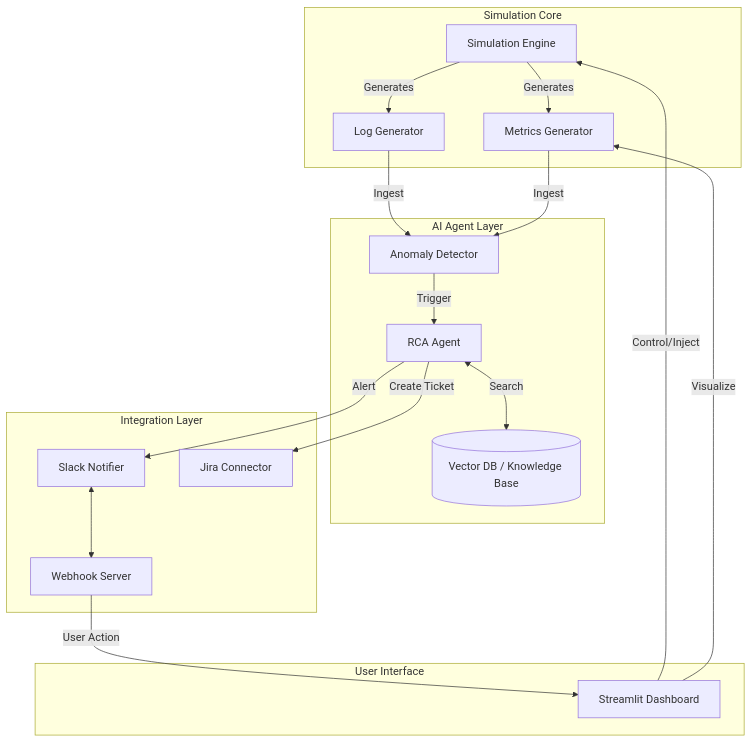
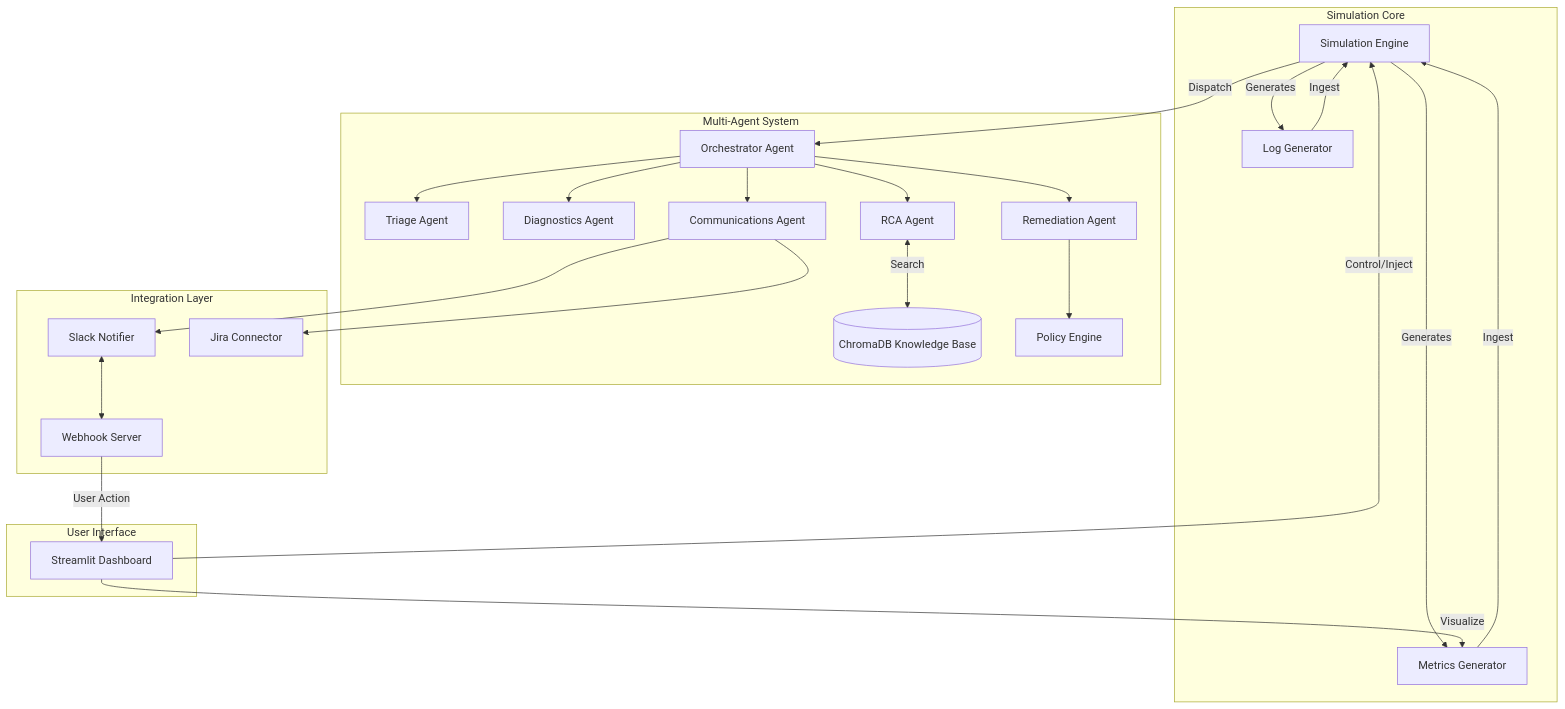
One commit to nikhileshwar-perumalla/OPS_agent changed the second of 2 diagrams in PROJECT_OVERVIEW.md. Above: the diagram before and after it, drawn with Mermaid. The commit also changed other lines of this file and 47 other files, not shown here.

Commit message:
updated to multi agent and react components

````diff
--- a/PROJECT_OVERVIEW.md
+++ b/PROJECT_OVERVIEW.md
@@ -21,37 +34,49 @@
 ```mermaid
 graph TD
     subgraph "Simulation Core"
         Engine[Simulation Engine]
         Metrics[Metrics Generator]
         Logs[Log Generator]
         Engine -->|Generates| Metrics
         Engine -->|Generates| Logs
     end
 
-    subgraph "AI Agent Layer"
-        Detector[Anomaly Detector]
+    subgraph "Multi-Agent System"
+        Orch[Orchestrator Agent]
+        Triage[Triage Agent]
+        Diag[Diagnostics Agent]
         RCA[RCA Agent]
-        RAG[(Vector DB / Knowledge Base)]
-        Detector -->|Trigger| RCA
+        RAG[(ChromaDB Knowledge Base)]
+        Remed[Remediation Agent]
+        Policy[Policy Engine]
+        Comms[Communications Agent]
+        
+        Orch --> Triage
+        Orch --> Diag
+        Orch --> RCA
+        Orch --> Remed
+        Orch --> Comms
         RCA <-->|Search| RAG
+        Remed --> Policy
     end
 
     subgraph "Integration Layer"
         Slack[Slack Notifier]
         Jira[Jira Connector]
         Webhook[Webhook Server]
         Slack <--> Webhook
     end
 
     subgraph "User Interface"
         Dash[Streamlit Dashboard]
     end
 
-    Logs -->|Ingest| Detector
-    Metrics -->|Ingest| Detector
-    RCA -->|Alert| Slack
-    RCA -->|Create Ticket| Jira
+    Logs -->|Ingest| Engine
+    Metrics -->|Ingest| Engine
+    Engine -->|Dispatch| Orch
+    Comms --> Slack
+    Comms --> Jira
     Webhook -->|User Action| Dash
     Dash -->|Control/Inject| Engine
     Dash -->|Visualize| Metrics
 ```
````
